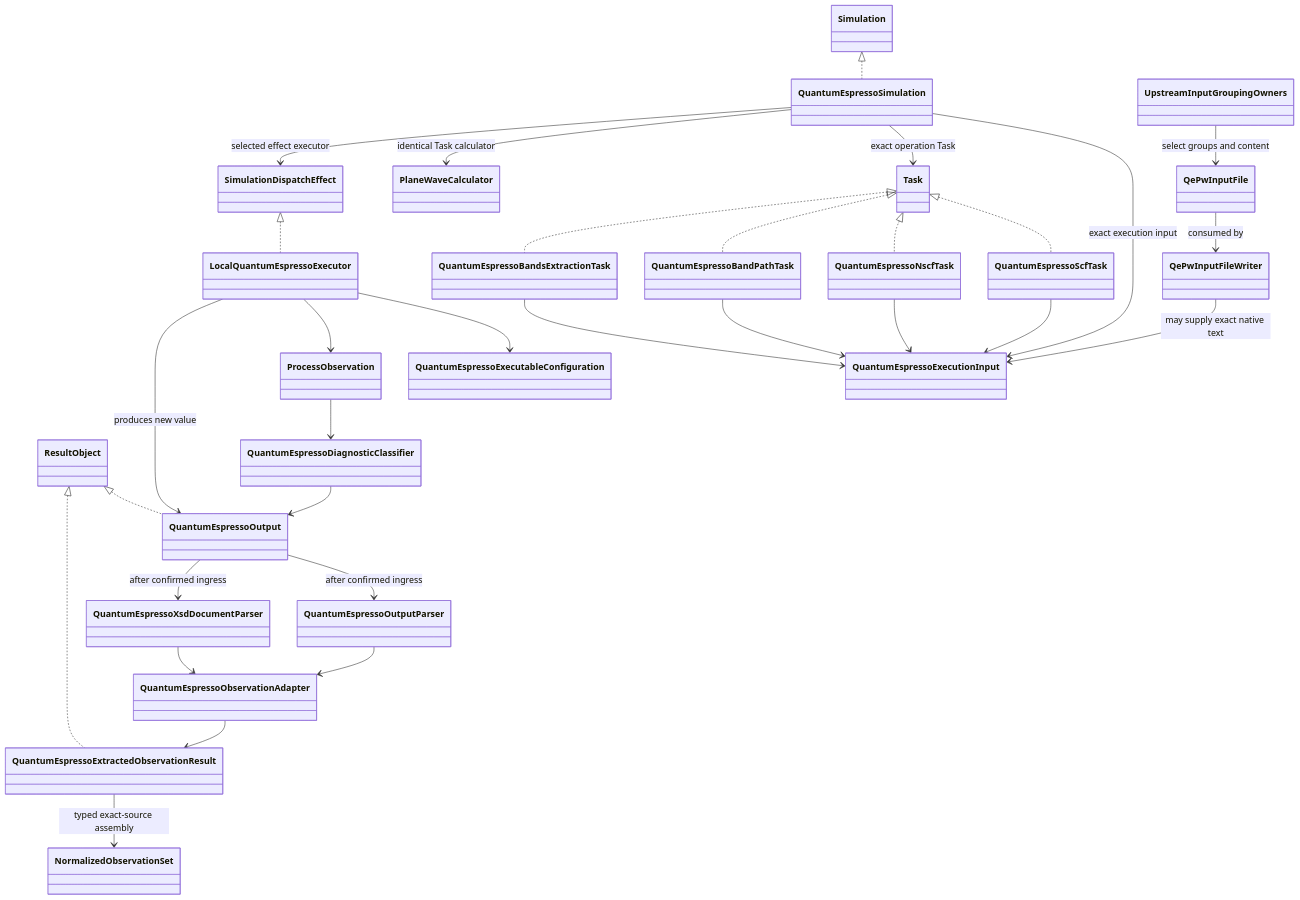
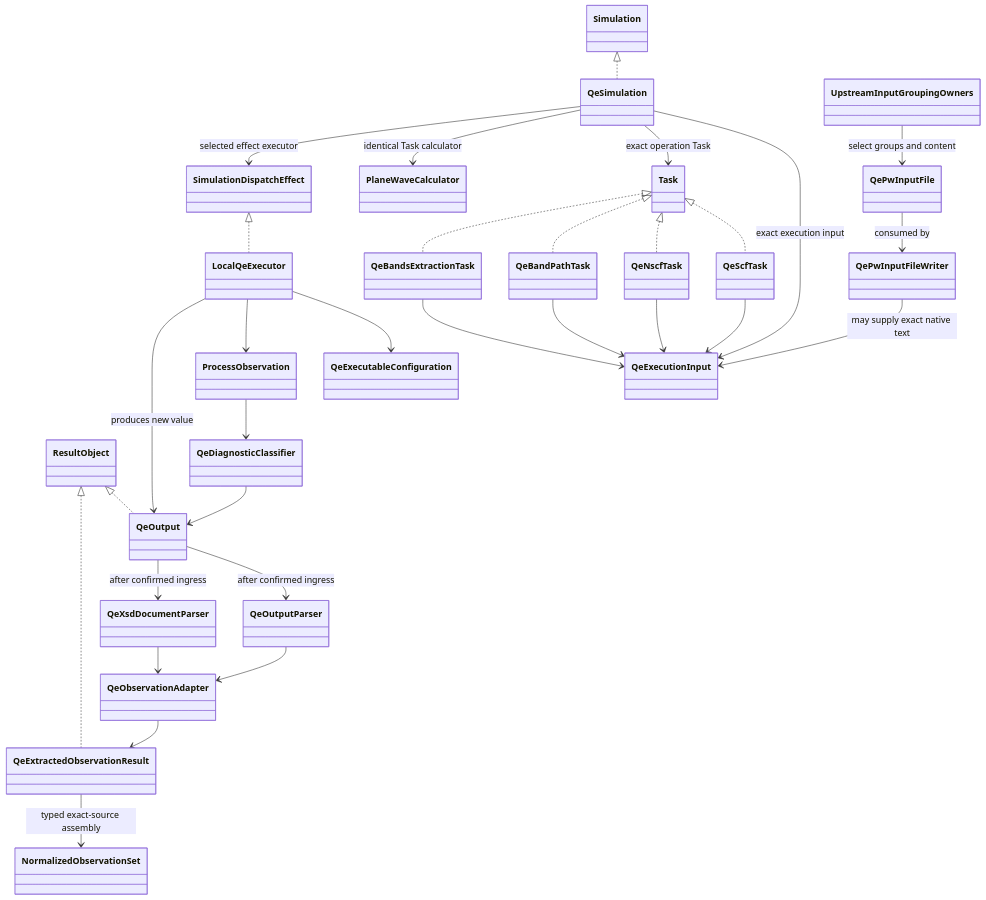
One commit to eragasa/ksdft2effmass changed the first of 2 diagrams in docs/architecture/v2/ksdft2effmass/calculators/quantum-espresso.md. Above: the diagram before and after it, drawn with Mermaid. The commit also changed other lines of this file and 263 other files, not shown here.

````diff
--- a/docs/architecture/v2/ksdft2effmass/calculators/quantum-espresso.md
+++ b/docs/architecture/v2/ksdft2effmass/calculators/quantum-espresso.md
@@ -20,58 +20,58 @@
 ```mermaid
 classDiagram
     class Task
     class Simulation
     class ResultObject
-    class QuantumEspressoScfTask
-    class QuantumEspressoNscfTask
-    class QuantumEspressoBandPathTask
-    class QuantumEspressoBandsExtractionTask
-    class QuantumEspressoSimulation
+    class QeScfTask
+    class QeNscfTask
+    class QeBandPathTask
+    class QeBandsExtractionTask
+    class QeSimulation
     class UpstreamInputGroupingOwners
     class QePwInputFile
     class QePwInputFileWriter
-    class QuantumEspressoExecutionInput
+    class QeExecutionInput
     class PlaneWaveCalculator
     class SimulationDispatchEffect
-    class LocalQuantumEspressoExecutor
-    class QuantumEspressoOutput
-    class QuantumEspressoExecutableConfiguration
+    class LocalQeExecutor
+    class QeOutput
+    class QeExecutableConfiguration
     class ProcessObservation
-    class QuantumEspressoDiagnosticClassifier
-    class QuantumEspressoOutputParser
-    class QuantumEspressoXsdDocumentParser
-    class QuantumEspressoObservationAdapter
-    class QuantumEspressoExtractedObservationResult
+    class QeDiagnosticClassifier
+    class QeOutputParser
+    class QeXsdDocumentParser
+    class QeObservationAdapter
+    class QeExtractedObservationResult
     class NormalizedObservationSet
 
-    Task <|.. QuantumEspressoScfTask
-    Task <|.. QuantumEspressoNscfTask
-    Task <|.. QuantumEspressoBandPathTask
-    Task <|.. QuantumEspressoBandsExtractionTask
-    Simulation <|.. QuantumEspressoSimulation
-    QuantumEspressoScfTask --> QuantumEspressoExecutionInput
-    QuantumEspressoNscfTask --> QuantumEspressoExecutionInput
-    QuantumEspressoBandPathTask --> QuantumEspressoExecutionInput
-    QuantumEspressoBandsExtractionTask --> QuantumEspressoExecutionInput
+    Task <|.. QeScfTask
+    Task <|.. QeNscfTask
+    Task <|.. QeBandPathTask
+    Task <|.. QeBandsExtractionTask
+    Simulation <|.. QeSimulation
+    QeScfTask --> QeExecutionInput
+    QeNscfTask --> QeExecutionInput
+    QeBandPathTask --> QeExecutionInput
+    QeBandsExtractionTask --> QeExecutionInput
     UpstreamInputGroupingOwners --> QePwInputFile : select groups and content
     QePwInputFile --> QePwInputFileWriter : consumed by
-    QePwInputFileWriter --> QuantumEspressoExecutionInput : may supply exact native text
-    QuantumEspressoSimulation --> QuantumEspressoExecutionInput : exact execution input
-    QuantumEspressoSimulation --> Task : exact operation Task
-    QuantumEspressoSimulation --> PlaneWaveCalculator : identical Task calculator
-    QuantumEspressoSimulation --> SimulationDispatchEffect : selected effect executor
-    SimulationDispatchEffect <|.. LocalQuantumEspressoExecutor
-    LocalQuantumEspressoExecutor --> QuantumEspressoExecutableConfiguration
-    LocalQuantumEspressoExecutor --> ProcessObservation
-    ProcessObservation --> QuantumEspressoDiagnosticClassifier
-    QuantumEspressoDiagnosticClassifier --> QuantumEspressoOutput
-    LocalQuantumEspressoExecutor --> QuantumEspressoOutput : produces new value
-    ResultObject <|.. QuantumEspressoOutput
-    QuantumEspressoOutput --> QuantumEspressoOutputParser : after confirmed ingress
-    QuantumEspressoOutput --> QuantumEspressoXsdDocumentParser : after confirmed ingress
-    QuantumEspressoOutputParser --> QuantumEspressoObservationAdapter
-    QuantumEspressoXsdDocumentParser --> QuantumEspressoObservationAdapter
-    QuantumEspressoObservationAdapter --> QuantumEspressoExtractedObservationResult
-    ResultObject <|.. QuantumEspressoExtractedObservationResult
-    QuantumEspressoExtractedObservationResult --> NormalizedObservationSet : typed exact-source assembly
+    QePwInputFileWriter --> QeExecutionInput : may supply exact native text
+    QeSimulation --> QeExecutionInput : exact execution input
+    QeSimulation --> Task : exact operation Task
+    QeSimulation --> PlaneWaveCalculator : identical Task calculator
+    QeSimulation --> SimulationDispatchEffect : selected effect executor
+    SimulationDispatchEffect <|.. LocalQeExecutor
+    LocalQeExecutor --> QeExecutableConfiguration
+    LocalQeExecutor --> ProcessObservation
+    ProcessObservation --> QeDiagnosticClassifier
+    QeDiagnosticClassifier --> QeOutput
+    LocalQeExecutor --> QeOutput : produces new value
+    ResultObject <|.. QeOutput
+    QeOutput --> QeOutputParser : after confirmed ingress
+    QeOutput --> QeXsdDocumentParser : after confirmed ingress
+    QeOutputParser --> QeObservationAdapter
+    QeXsdDocumentParser --> QeObservationAdapter
+    QeObservationAdapter --> QeExtractedObservationResult
+    ResultObject <|.. QeExtractedObservationResult
+    QeExtractedObservationResult --> NormalizedObservationSet : typed exact-source assembly
 ```
````
